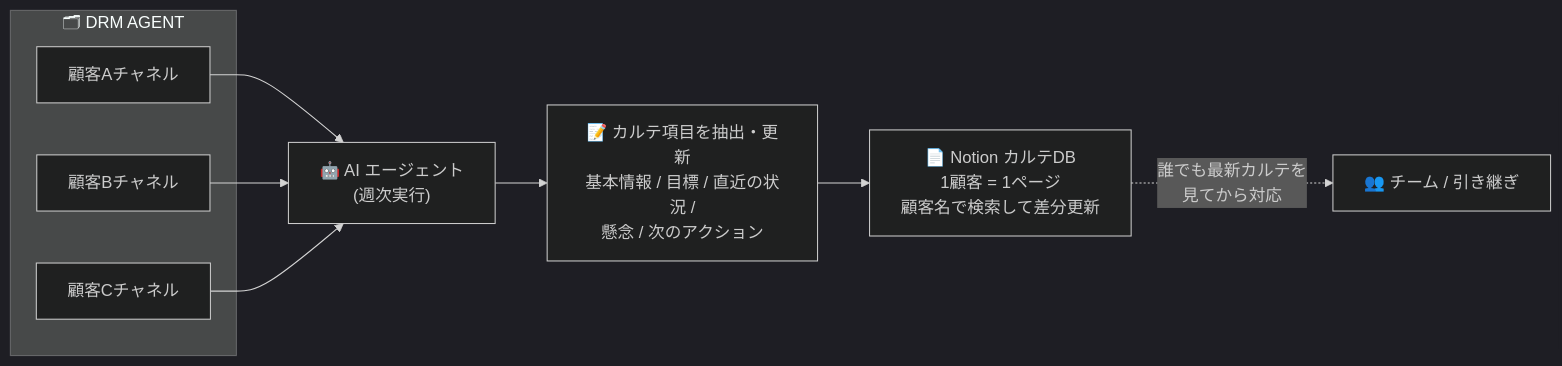
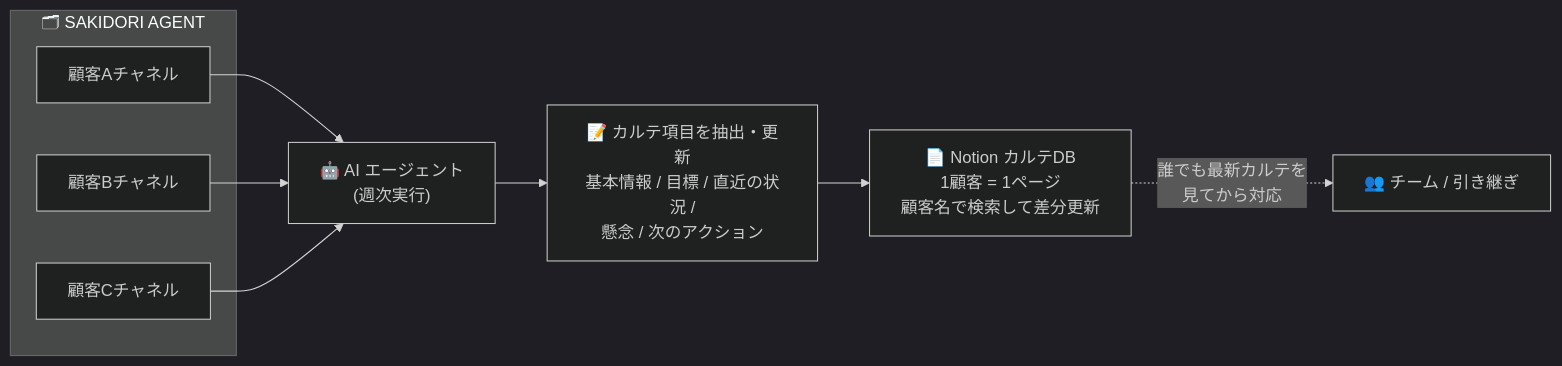
The third of 5 diagrams in examples/notion-usecases.md (line-ec-lea/drm-agent-skills), drawn with Mermaid (dark theme) before and after one commit. The commit also changed other lines of this file and 11 other files, not shown here.

First line of the commit message:
docs: サービス名を SAKIDORI AGENT に変更する

````diff
--- a/examples/notion-usecases.md
+++ b/examples/notion-usecases.md
@@ -117,15 +117,15 @@
 ```mermaid
 flowchart LR
-    subgraph src["🗂 DRM AGENT"]
+    subgraph src["🗂 SAKIDORI AGENT"]
         A1["顧客Aチャネル"]
         A2["顧客Bチャネル"]
         A3["顧客Cチャネル"]
     end
     B["🤖 AI エージェント<br/>(週次実行)"]
     A1 --> B
     A2 --> B
     A3 --> B
     B --> C["📝 カルテ項目を抽出・更新<br/>基本情報 / 目標 / 直近の状況 /<br/>懸念 / 次のアクション"]
     C --> D["📄 Notion カルテDB<br/>1顧客 = 1ページ<br/>顧客名で検索して差分更新"]
     D -. "誰でも最新カルテを<br/>見てから対応" .-> E["👥 チーム / 引き継ぎ"]
 ```
````
